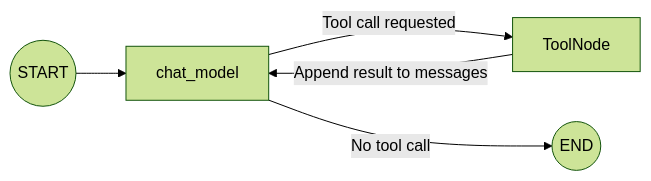
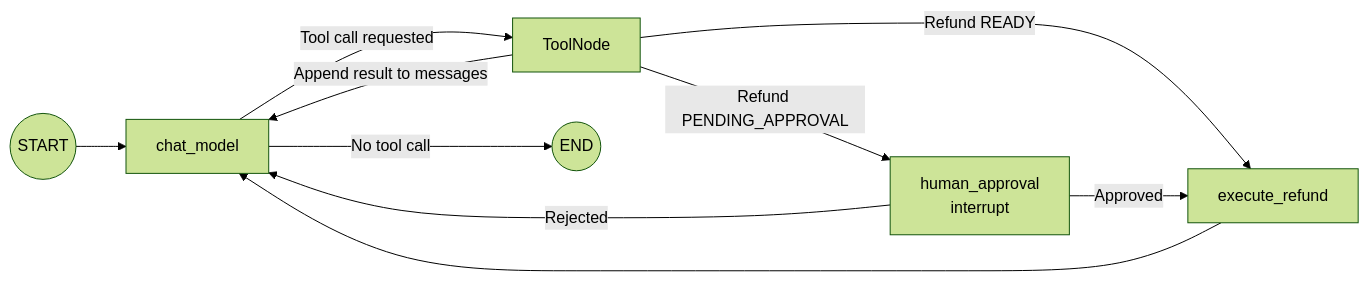
The second of 2 diagrams in README.md (gocenalper/customer-assistant-agent), drawn with Mermaid (forest theme) before and after one commit. The commit also changed other lines of this file and 17 other files, not shown here.

First line of the commit message:
Add refund flow with operator approval and PostgreSQL checkpoints

````diff
--- a/README.md
+++ b/README.md
@@ -57,7 +62,12 @@
 ```mermaid
 flowchart LR
     S((START)) --> M[chat_model]
     M -->|Tool call requested| T[ToolNode]
     T -->|Append result to messages| M
+    T -->|Refund READY| X[execute_refund]
+    T -->|Refund PENDING_APPROVAL| H[human_approval<br/>interrupt]
+    H -->|Approved| X
+    H -->|Rejected| M
+    X --> M
     M -->|No tool call| E((END))
 ```
````
